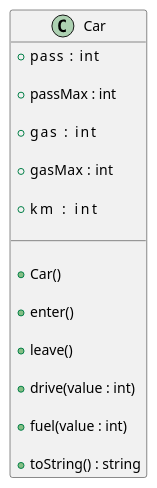
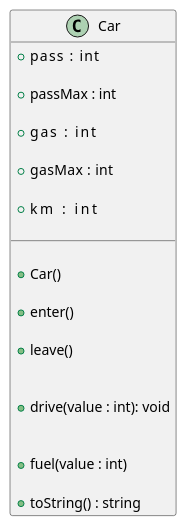
The diagram in base/002/.cache/Readme.md (qxcodepoo/arcade), drawn with PlantUML before and after one commit. The commit also changed 14 other files, not shown here.

````diff
--- a/base/002/.cache/Readme.md
+++ b/base/002/.cache/Readme.md
@@ -49,49 +47,51 @@
 ```plantuml
 class Car {
   ' quantidade de passageiros no carro
   + pass    : int
 
   ' máximo de passageiros que o carro suporta
   + passMax : int
 
   ' gasolina atual do carro
   + gas     : int
 
   ' máximo de gasolina que o carro suporta
   + gasMax  : int
 
   ' quilometragem atual do carro
   + km      : int
 
   __
   
   ' inicializar todos os atributos
   ' inicializar com tanque vazio
   ' 0 passageiros
   ' 0 de quilometragem
   ' máximo de 2 pessoas
   ' máximo de 100 litros de gasolina
   + Car()
 
   ' embarca uma pessoa no carro
   ' verifique se o carro não estiver lotado
   + enter()
   
   ' desembarca uma pessoa por vez
   ' verifique se tem alguém no carro
   + leave()
   
   ' percorre value quilometros com o carro
   ' gasta um litro de gas para cada km de distancia
   ' verifique se tem alguém no carro
   ' verifique se tem gasolina suficiente
-  + drive(value : int)
+
+  + drive(value : int): void
   
   ' incrementa gasolina no tanque de value
   ' caso tente abastecer acima do limite de gasMax
   '   o valor em excesso deve ser descartado
+  
   + fuel(value : int)
 
   + toString() : string
 }
 ```
````
